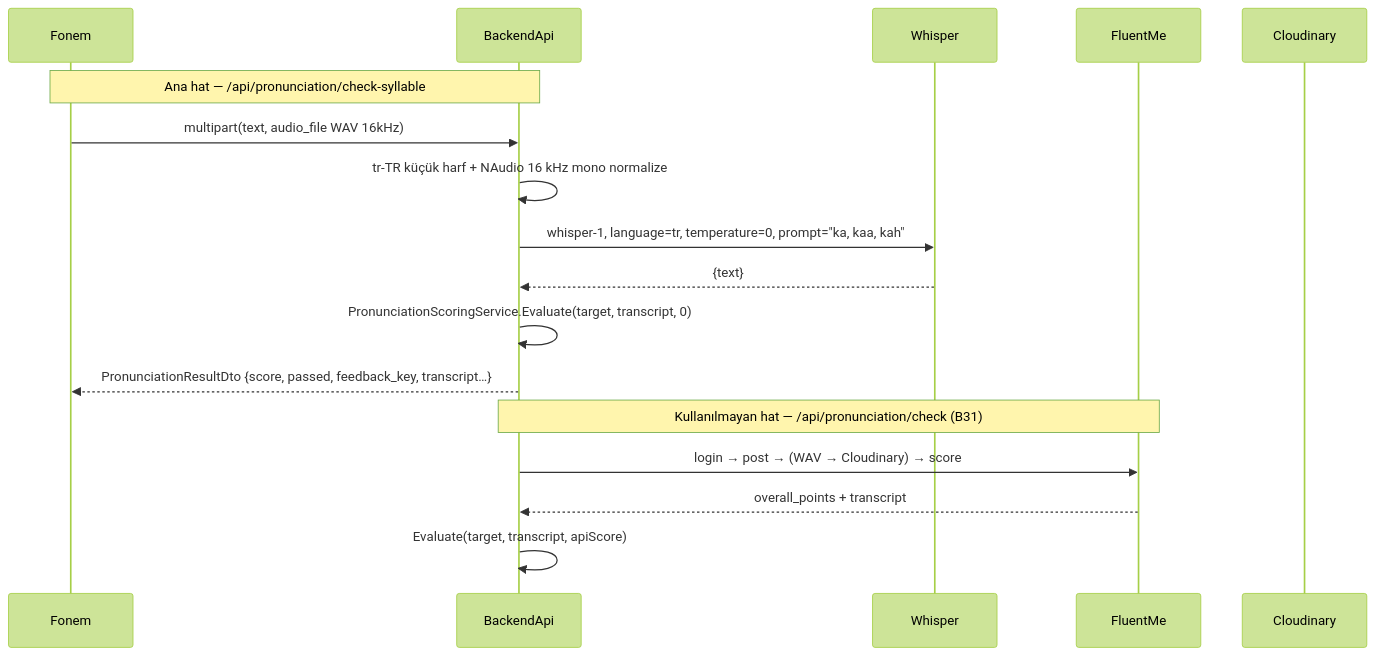
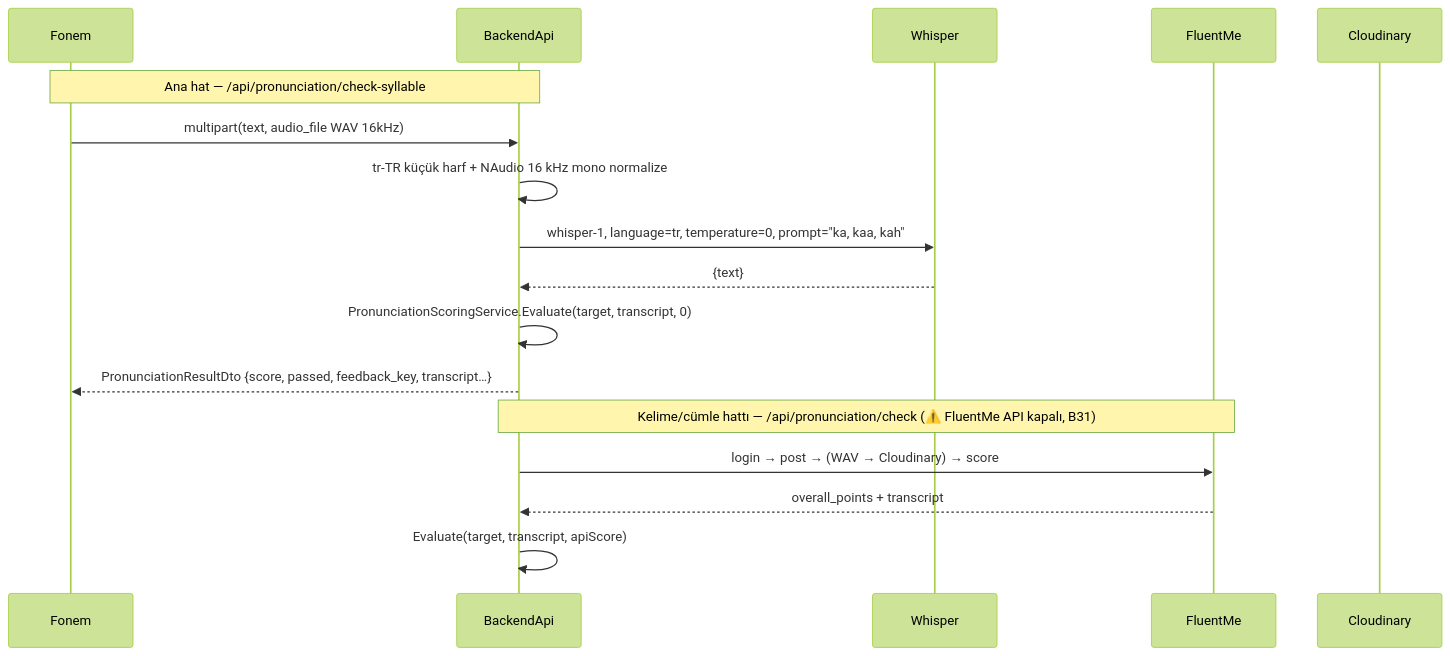
The fourth of 6 diagrams in ARCHITECTURE.md (bitirmesel/GraduationProject), drawn with Mermaid (forest theme) before and after one commit. The commit also changed other lines of this file and 1 other file, not shown here.

First line of the commit message:
Docs: FluentMe hattı düzeltmesi — kelime/cümle oyunlarının hattı, API'si kapalı (B31) (#8)

````diff
--- a/ARCHITECTURE.md
+++ b/ARCHITECTURE.md
@@ -412,21 +413,21 @@
 ```mermaid
 sequenceDiagram
     participant FN as Fonem
     participant API as BackendApi
     participant WH as Whisper
     participant FM as FluentMe
     participant CL as Cloudinary
 
     Note over FN,API: Ana hat — /api/pronunciation/check-syllable
     FN->>API: multipart(text, audio_file WAV 16kHz)
     API->>API: tr-TR küçük harf + NAudio 16 kHz mono normalize
     API->>WH: whisper-1, language=tr, temperature=0, prompt="ka, kaa, kah"
     WH-->>API: {text}
     API->>API: PronunciationScoringService.Evaluate(target, transcript, 0)
     API-->>FN: PronunciationResultDto {score, passed, feedback_key, transcript…}
 
-    Note over API,FM: Kullanılmayan hat — /api/pronunciation/check (B31)
+    Note over API,FM: Kelime/cümle hattı — /api/pronunciation/check (⚠️ FluentMe API kapalı, B31)
     API->>FM: login → post → (WAV → Cloudinary) → score
     FM-->>API: overall_points + transcript
     API->>API: Evaluate(target, transcript, apiScore)
 ```
````
